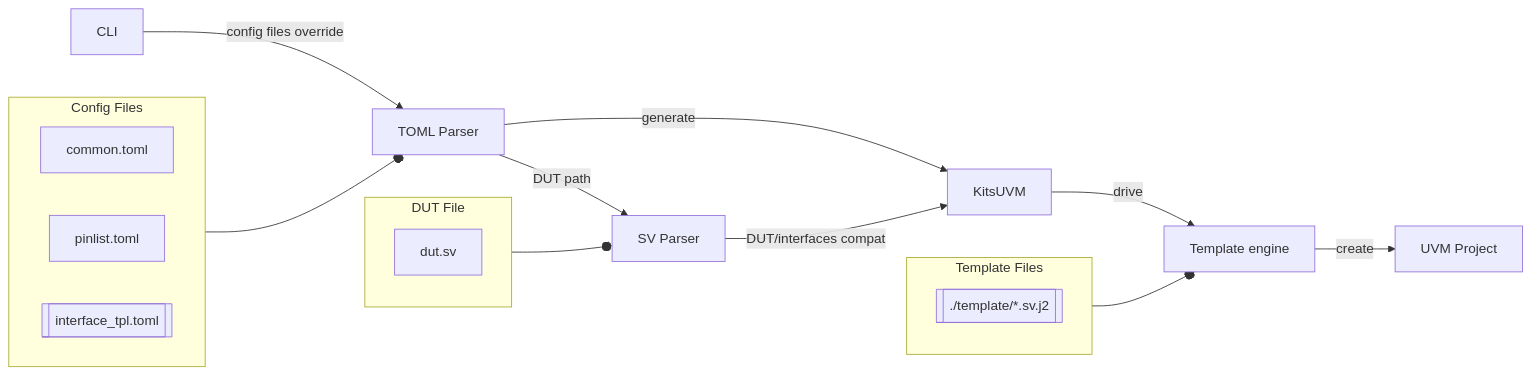
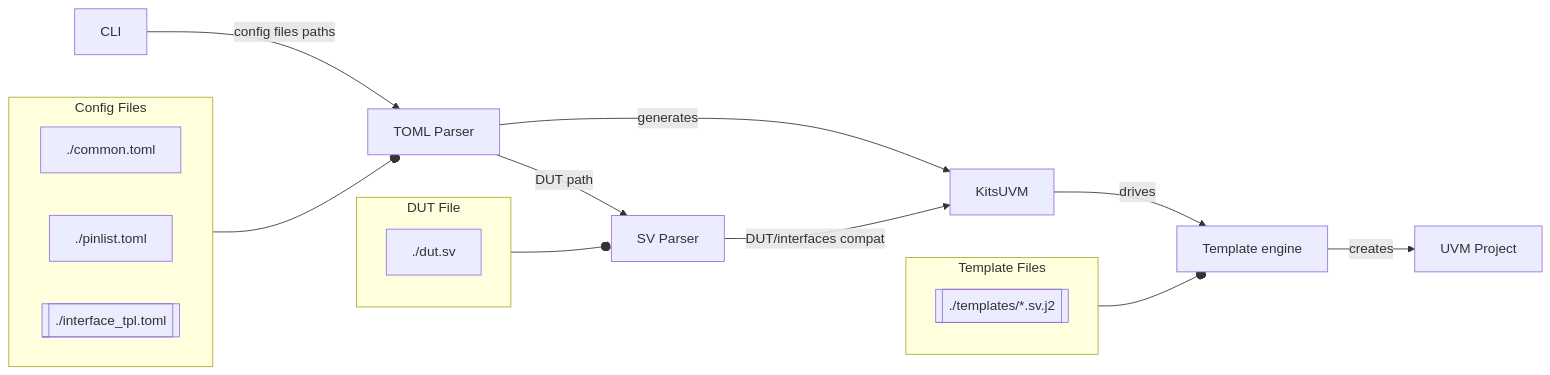
Before and after one commit to vmorillon/kitsuvm: the diagram in README.md, drawn with Mermaid. The commit also changed 9 other files, not shown here.

````diff
--- a/README.md
+++ b/README.md
@@ -9,28 +9,28 @@
 ```mermaid
 flowchart LR
-  CLI[CLI] -->|config files override| TomlParser[TOML Parser]
+  CLI[CLI] -->|config files paths| TomlParser[TOML Parser]
   ConfigFiles --o TomlParser
   subgraph ConfigFiles[Config Files]
     direction LR
-    Common[common.toml]
-    PinList[pinlist.toml]
-    ITemplate[[interface_tpl.toml]]
+    Common[./common.toml]
+    PinList[./pinlist.toml]
+    ITemplate[[./interface_tpl.toml]]
   end
 
-  TomlParser -->|generate| UVM[KitsUVM]
+  TomlParser -->|generates| UVM[KitsUVM]
   TomlParser -->|DUT path| SVParser[SV Parser]
 
   DUT --o SVParser
   subgraph DUT[DUT File]
-    DUTFile[dut.sv]
+    DUTFile[./dut.sv]
   end
   SVParser -->|DUT/interfaces compat| UVM
 
-  UVM -->|drive| Tera[Template engine]
+  UVM -->|drives| Tera[Template engine]
   TemplateFiles --o Tera
   subgraph TemplateFiles[Template Files]
-    TemplateDir[[./template/*.sv.j2]]
+    TemplateDir[[./templates/*.sv.j2]]
   end
 
-  Tera -->|create| Project[UVM Project]
+  Tera -->|creates| Project[UVM Project]
 ```
````
